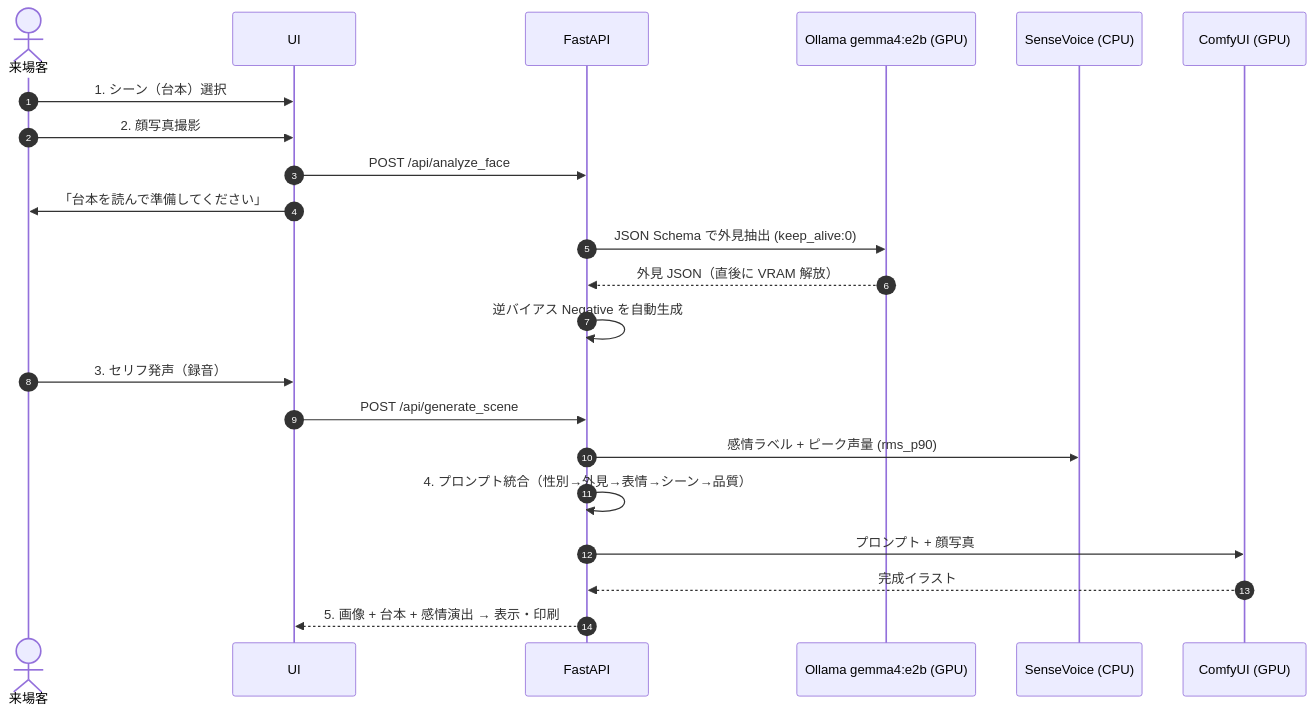
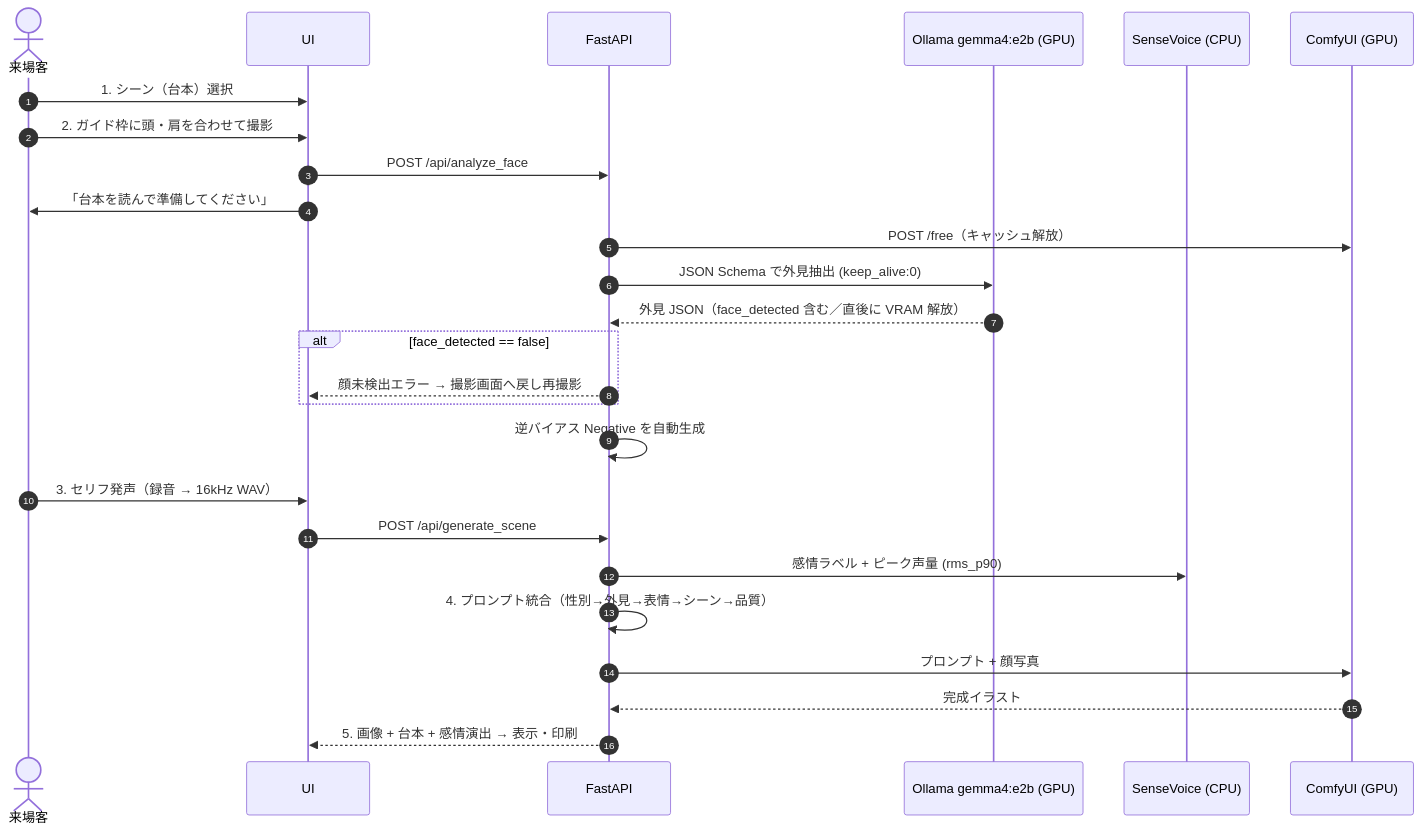
The first of 2 diagrams in docs/plans/README.md (nasabanaru-sketch/StoryWeaver), drawn with Mermaid before and after one commit. The commit also changed other lines of this file and 1 other file, not shown here.

````diff
--- a/docs/plans/README.md
+++ b/docs/plans/README.md
@@ -49,25 +54,29 @@
 ```mermaid
 sequenceDiagram
     autonumber
     actor User as 来場客
     participant UI as UI
     participant API as FastAPI
     participant VLM as Ollama gemma4:e2b (GPU)
     participant ASR as SenseVoice (CPU)
     participant Comfy as ComfyUI (GPU)
 
     User->>UI: 1. シーン（台本）選択
-    User->>UI: 2. 顔写真撮影
+    User->>UI: 2. ガイド枠に頭・肩を合わせて撮影
     UI->>API: POST /api/analyze_face
     UI->>User: 「台本を読んで準備してください」
+    API->>Comfy: POST /free（キャッシュ解放）
     API->>VLM: JSON Schema で外見抽出 (keep_alive:0)
-    VLM-->>API: 外見 JSON（直後に VRAM 解放）
+    VLM-->>API: 外見 JSON（face_detected 含む／直後に VRAM 解放）
+    alt face_detected == false
+        API-->>UI: 顔未検出エラー → 撮影画面へ戻し再撮影
+    end
     API->>API: 逆バイアス Negative を自動生成
-    User->>UI: 3. セリフ発声（録音）
+    User->>UI: 3. セリフ発声（録音 → 16kHz WAV）
     UI->>API: POST /api/generate_scene
     API->>ASR: 感情ラベル + ピーク声量 (rms_p90)
     API->>API: 4. プロンプト統合（性別→外見→表情→シーン→品質）
     API->>Comfy: プロンプト + 顔写真
     Comfy-->>API: 完成イラスト
     API-->>UI: 5. 画像 + 台本 + 感情演出 → 表示・印刷
 ```
````
